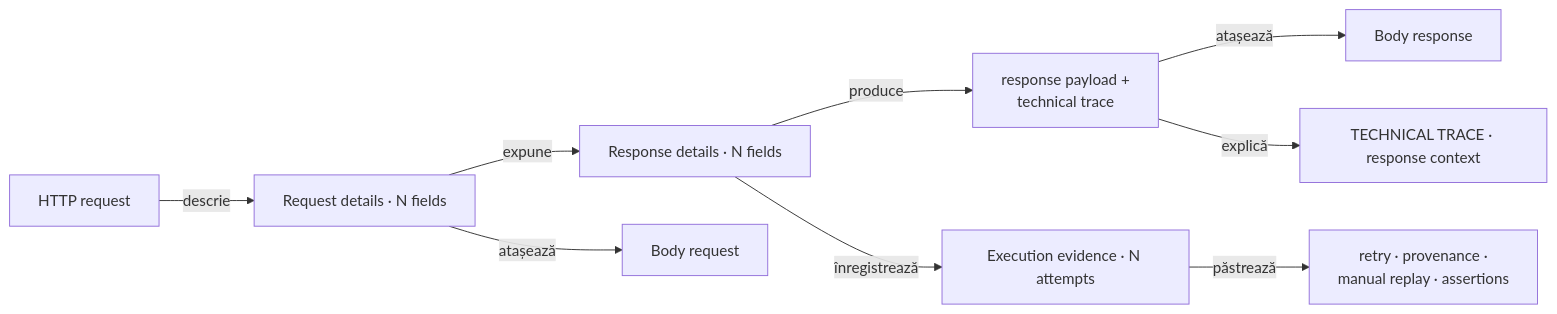
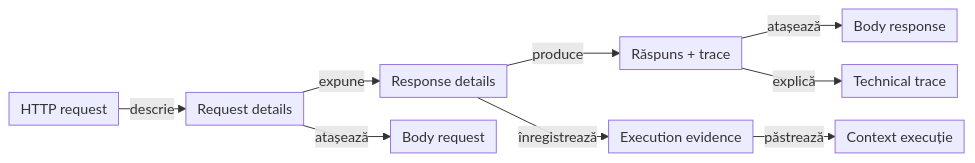
The fourth of 11 diagrams in docs/ATF_Reporting_Contract.md (crististefanita/atf_j0), drawn with Mermaid before and after one commit. The commit also changed other lines of this file and 97 other files, not shown here.

Commit message:
Record terminal execution and verdict evidence

````diff
--- a/docs/ATF_Reporting_Contract.md
+++ b/docs/ATF_Reporting_Contract.md
@@ -374,11 +382,12 @@
 ```mermaid
+%%{init: {"themeVariables":{"fontSize":"15px"},"themeCSS":".nodeLabel, .nodeLabel p { font-size: 15px !important; line-height: 1.35 !important; } .edgeLabel, .edgeLabel p { font-size: 12px !important; font-weight: 400 !important; line-height: 1.2 !important; } .edgeLabel .labelBkg, .edgeLabel p { background: transparent !important; } .edgeLabel foreignObject { transform: translateY(-18px); overflow: visible; } .node rect { rx: 6px; ry: 6px; } .edgeLabel [data-id=\"L_ResponseDetails_Execution_0\"] foreignObject { transform: translate(0px, -28px); }","flowchart":{"curve":"linear","nodeSpacing":24,"rankSpacing":24,"padding":6,"diagramPadding":20}}}%%
 flowchart LR
-    Request[HTTP request] -->|descrie| RequestDetails[Request details · N fields]
-    RequestDetails -->|expune| ResponseDetails[Response details · N fields]
+    Request[HTTP request] -->|descrie| RequestDetails["Request details"]
+    RequestDetails -->|expune| ResponseDetails["Response details"]
     RequestDetails -->|atașează| RequestBody["Body request"]
-    ResponseDetails -->|produce| ResponseEvidence[response payload +<br/>technical trace]
-    ResponseDetails -->|înregistrează| Execution[Execution evidence · N attempts]
+    ResponseDetails -->|produce| ResponseEvidence["Răspuns + trace"]
+    ResponseDetails -->|înregistrează| Execution["Execution evidence"]
     ResponseEvidence -->|atașează| ResponseBody["Body response"]
-    ResponseEvidence -->|explică| Trace[TECHNICAL TRACE · response context]
-    Execution -->|păstrează| ExecutionContext[retry · provenance ·<br/>manual replay · assertions]
+    ResponseEvidence -->|explică| Trace["Technical trace"]
+    Execution -->|păstrează| ExecutionContext["Context execuție"]
 ```
````
